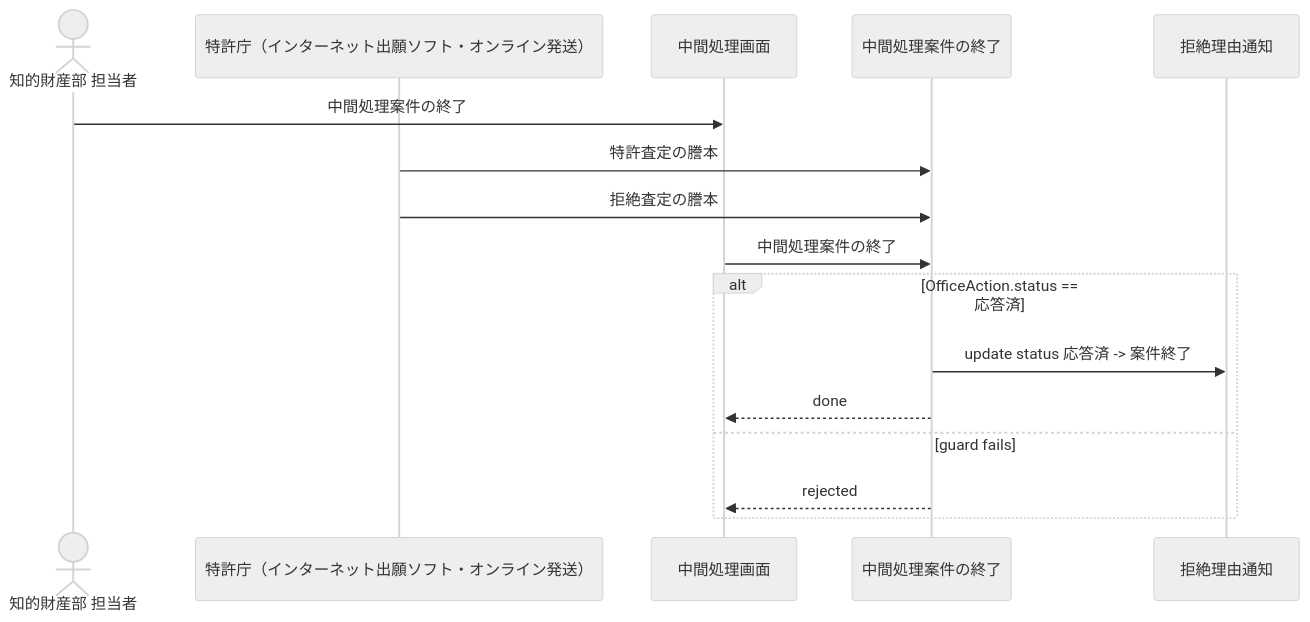
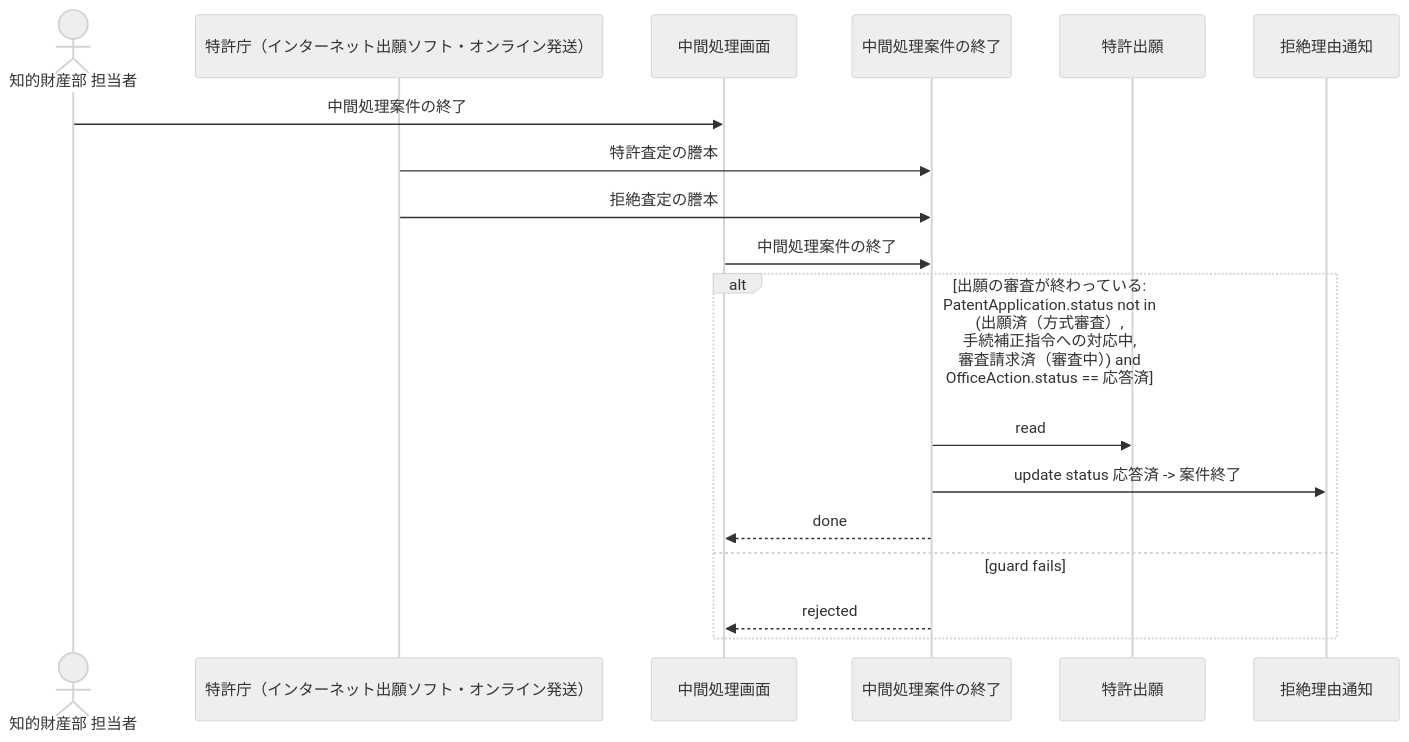
Before and after one commit to manji-0/rdra-ish-dsl: the diagram in samples/patent-ops/out/uc/sequence_CloseOfficeActionDocket.mmd, drawn with Mermaid (neutral theme). The commit also changed 21 other files, not shown here.

```diff
--- a/samples/patent-ops/out/uc/sequence_CloseOfficeActionDocket.mmd
+++ b/samples/patent-ops/out/uc/sequence_CloseOfficeActionDocket.mmd
@@ -1,19 +1,21 @@
 %% rdra-ish diagram=sequence scope=usecase:CloseOfficeActionDocket model=samples/patent-ops
 %% kinds: actor extsystem screen usecase entity
-%% omitted: buc step medium permission event
+%% omitted: buc step medium permission event condition
 sequenceDiagram
   actor actor__IpStaff as 知的財産部 担当者
   participant extsystem__Jpo as 特許庁（インターネット出願ソフト・オンライン発送）
   participant screen__OfficeActionScreen as 中間処理画面
   participant usecase__CloseOfficeActionDocket as 中間処理案件の終了
+  participant entity__PatentApplication as 特許出願
   participant entity__OfficeAction as 拒絶理由通知
   actor__IpStaff ->> screen__OfficeActionScreen: 中間処理案件の終了
   extsystem__Jpo ->> usecase__CloseOfficeActionDocket: 特許査定の謄本
   extsystem__Jpo ->> usecase__CloseOfficeActionDocket: 拒絶査定の謄本
   screen__OfficeActionScreen ->> usecase__CloseOfficeActionDocket: 中間処理案件の終了
-  alt OfficeAction.status == 応答済
+  alt 出願の審査が終わっている: PatentApplication.status not in (出願済（方式審査）, 手続補正指令への対応中, 審査請求済（審査中）) and OfficeAction.status == 応答済
+    usecase__CloseOfficeActionDocket ->> entity__PatentApplication: read
     usecase__CloseOfficeActionDocket ->> entity__OfficeAction: update status 応答済 -> 案件終了
     usecase__CloseOfficeActionDocket -->> screen__OfficeActionScreen: done
   else guard fails
     usecase__CloseOfficeActionDocket -->> screen__OfficeActionScreen: rejected
   end
```
